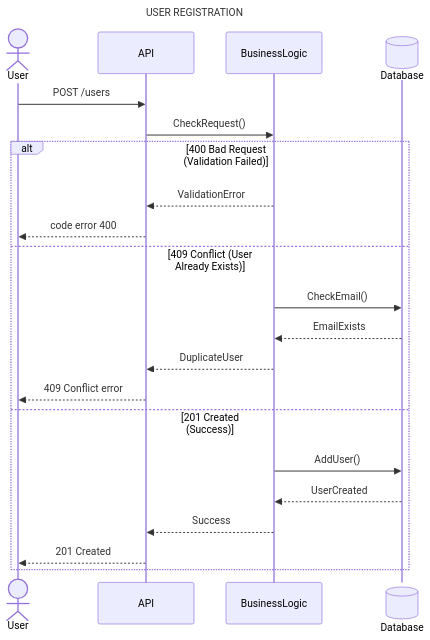
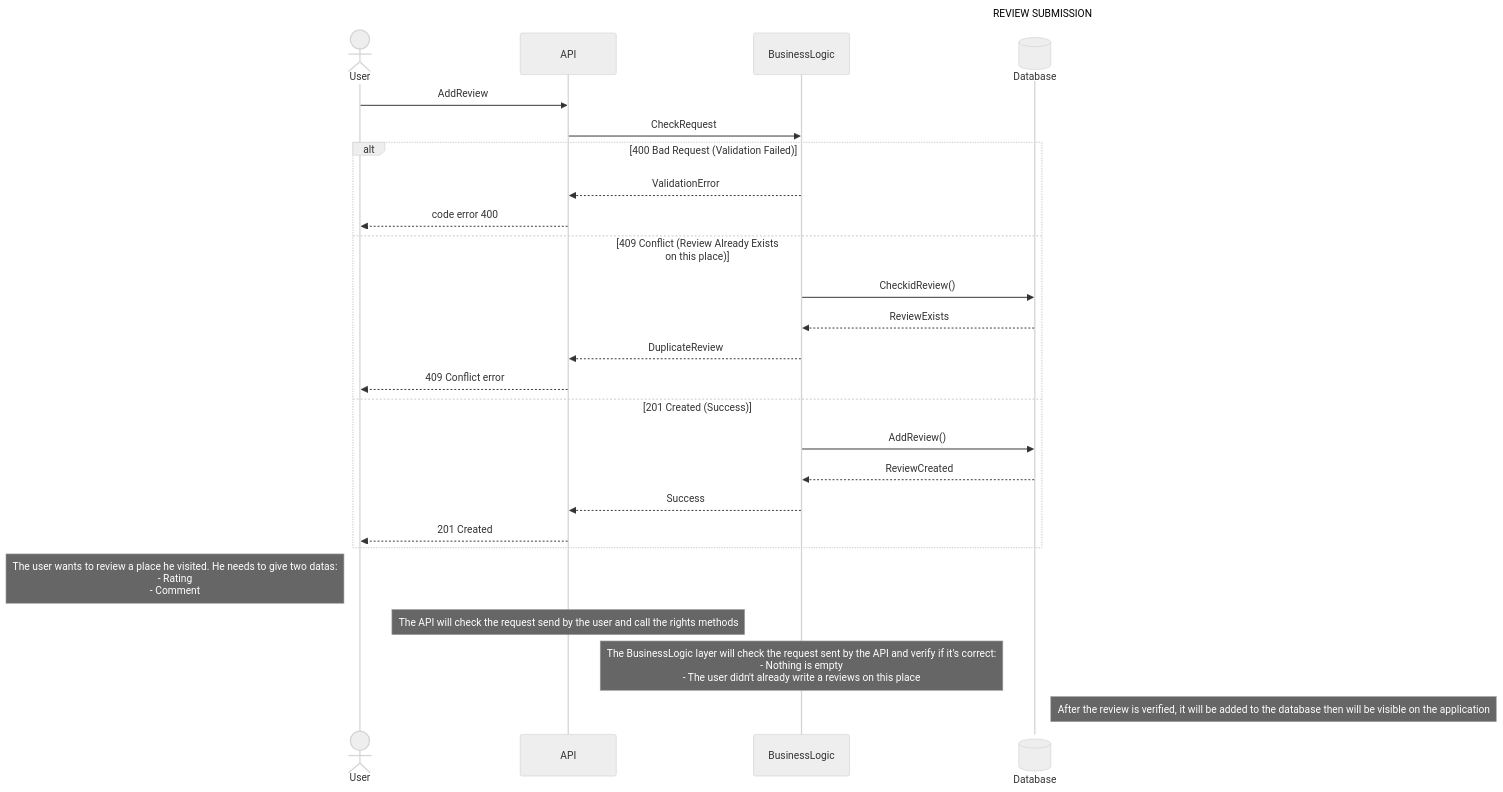
The diagram in part1/Sequence Diagrams for API Calls (task 2)/Sequence_Diagrams_User_Registration.mermaid (EnzoMessaoudi/holbertonschool-hbnb), drawn with Mermaid before and after one commit.

Commit message:
ADD codes error

```diff
--- a/part1/Sequence Diagrams for API Calls (task 2)/Sequence_Diagrams_User_Registration.mermaid
+++ b/part1/Sequence Diagrams for API Calls (task 2)/Sequence_Diagrams_User_Registration.mermaid
@@ -1,24 +1,34 @@
+%%{ init : { "theme": "neutral" } }%%
+
 sequenceDiagram
-title USER REGISTRATION
-actor User
+title REVIEW SUBMISSION
+actor User 
 participant API
 participant BusinessLogic
 participant Database@{ "type" : "database" }
 
-User->>API: POST /users
-API->>BusinessLogic: CheckRequest()
+User->>API: AddReview
+API->>BusinessLogic: CheckRequest
 
 alt 400 Bad Request (Validation Failed)
     BusinessLogic-->>API: ValidationError
     API-->>User: code error 400
-else 409 Conflict (User Already Exists)
-    BusinessLogic->>Database: CheckEmail()
-    Database-->>BusinessLogic: EmailExists
-    BusinessLogic-->>API: DuplicateUser
+else 409 Conflict (Review Already Exists on this place)
+    BusinessLogic->>Database: CheckidReview()
+    Database-->>BusinessLogic: ReviewExists
+    BusinessLogic-->>API: DuplicateReview
     API-->>User: 409 Conflict error
 else 201 Created (Success)
-    BusinessLogic->>Database: AddUser()
-    Database-->>BusinessLogic: UserCreated
+    BusinessLogic->>Database: AddReview()
+    Database-->>BusinessLogic: ReviewCreated
     BusinessLogic-->>API: Success
     API-->>User: 201 Created
 end
+
+Note left of User: The user wants to review a place he visited. He needs to give two datas:<br/>- Rating<br/>- Comment
+
+Note over API: The API will check the request send by the user and call the rights methods
+
+Note over BusinessLogic: The BusinessLogic layer will check the request sent by the API and verify if it's correct:<br/>- Nothing is empty<br/>- The user didn't already write a reviews on this place
+
+Note right of Database:After the review is verified, it will be added to the database then will be visible on the application
```
